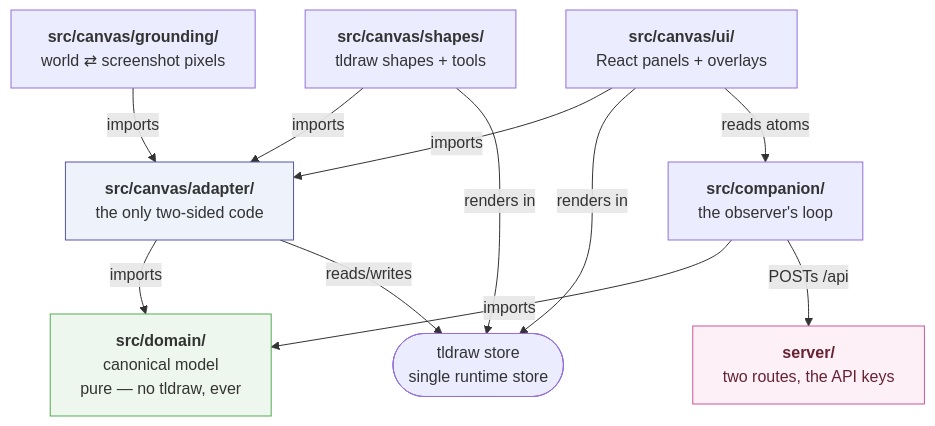
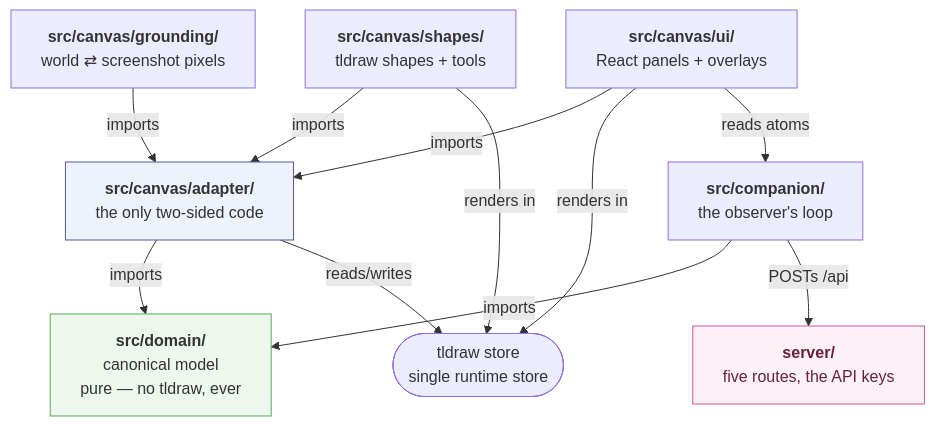
One commit to merdemkoc/llm-spatial-context changed the first of 3 diagrams in CODEMAP.md. Above: the diagram before and after it, drawn with Mermaid. The commit also changed other lines of this file and 40 other files, not shown here.

````diff
--- a/CODEMAP.md
+++ b/CODEMAP.md
@@ -40,29 +40,29 @@
 ```mermaid
 graph TD
     domain["<b>src/domain/</b><br/>canonical model<br/>pure — no tldraw, ever"]
     adapter["<b>src/canvas/adapter/</b><br/>the only two-sided code"]
     shapes["<b>src/canvas/shapes/</b><br/>tldraw shapes + tools"]
     grounding["<b>src/canvas/grounding/</b><br/>world ⇄ screenshot pixels"]
     ui["<b>src/canvas/ui/</b><br/>React panels + overlays"]
     companion["<b>src/companion/</b><br/>the observer's loop"]
-    server["<b>server/</b><br/>two routes, the API keys"]
+    server["<b>server/</b><br/>five routes, the API keys"]
     tldraw(["tldraw store<br/>single runtime store"])
 
     ui -->|imports| adapter
     shapes -->|imports| adapter
     grounding -->|imports| adapter
     companion -->|imports| domain
     companion -->|"POSTs /api"| server
     adapter -->|imports| domain
     adapter -->|reads/writes| tldraw
     shapes -->|renders in| tldraw
     ui -->|renders in| tldraw
     ui -->|reads atoms| companion
 
     classDef pure fill:#eef7ee,stroke:#5a5;
     classDef bridge fill:#eef2fb,stroke:#55a;
     classDef remote fill:#fdf1f7,stroke:#c59,color:#623;
     class domain pure;
     class adapter bridge;
     class server remote;
 ```
````
